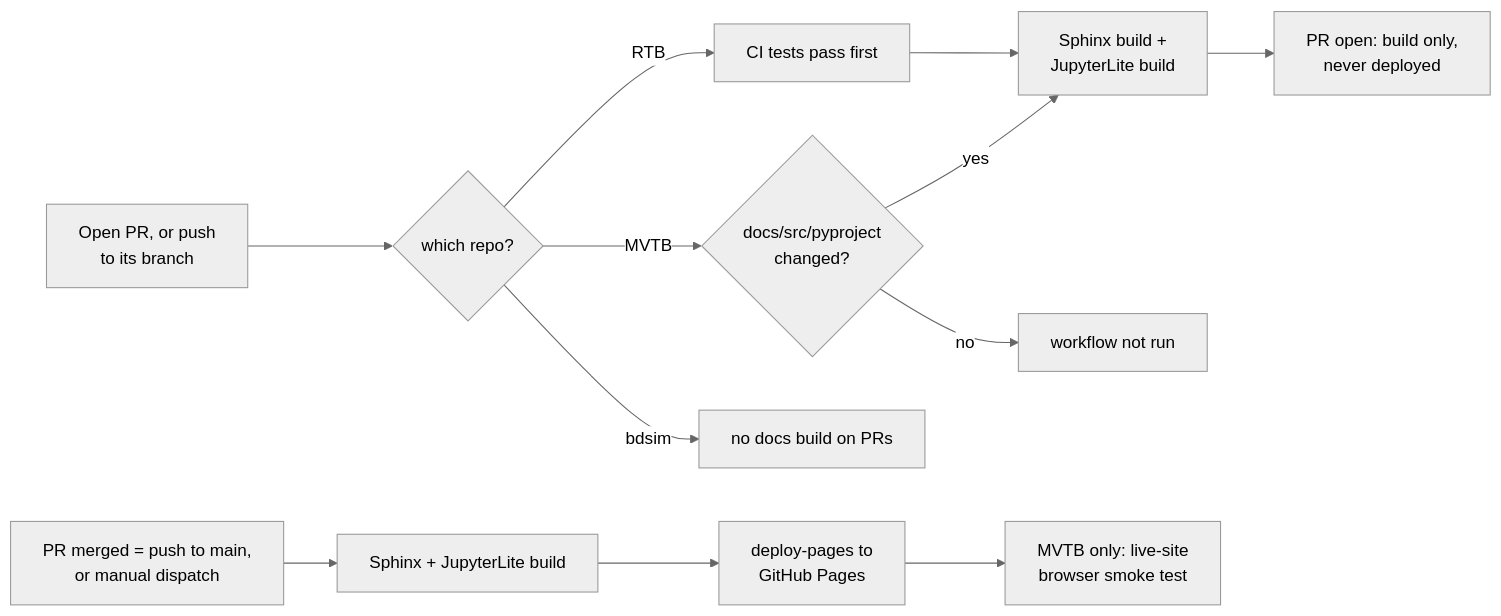
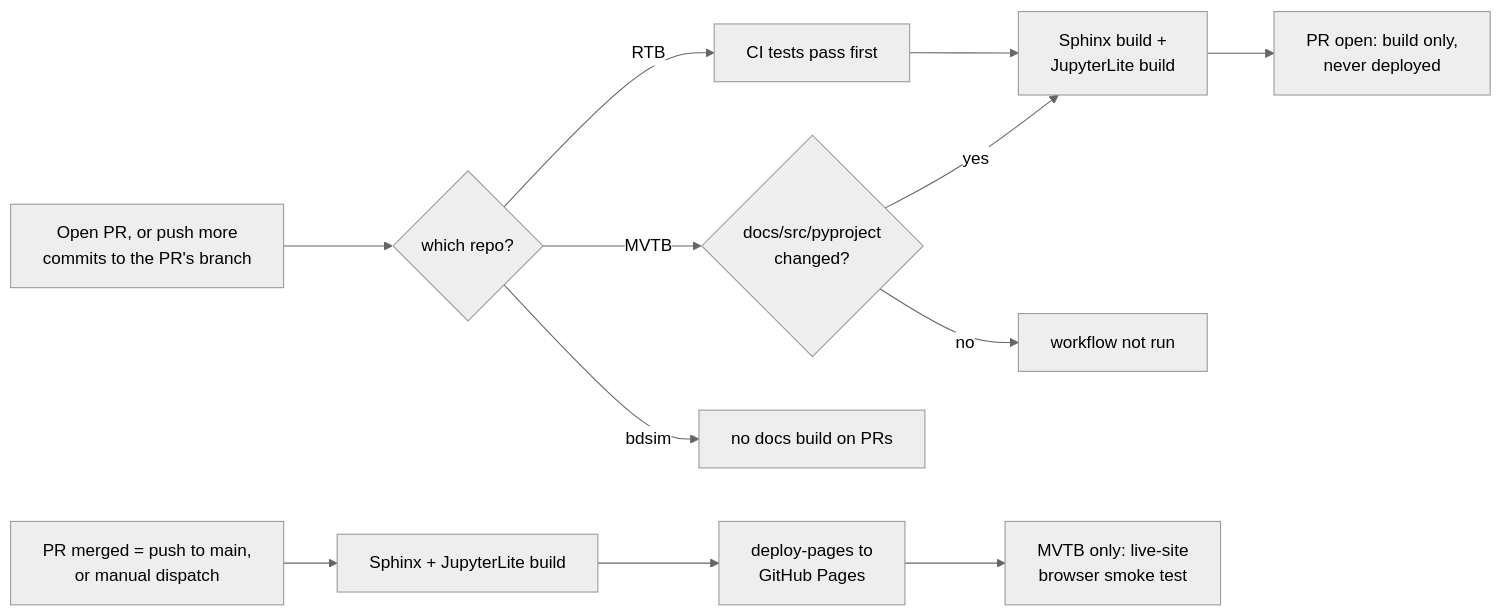
The fourth of 5 diagrams in CI.md (petercorke/rvc-ecosystem), drawn with Mermaid (neutral theme) before and after one commit. The commit also changed other lines of this file, not shown here.

Commit message:
docs(ci): explain branch / PR / merge up front

````diff
--- a/CI.md
+++ b/CI.md
@@ -137,14 +156,14 @@
 ```mermaid
 flowchart LR
-    PRB[Open PR, or push<br/>to its branch] --> WHO{which repo?}
+    PRB[Open PR, or push more<br/>commits to the PR's branch] --> WHO{which repo?}
     WHO -- RTB --> T[CI tests pass first]
     WHO -- MVTB --> F{docs/src/pyproject<br/>changed?}
     WHO -- bdsim --> NONE[no docs build on PRs]
     T --> BUILD[Sphinx build +<br/>JupyterLite build]
     F -- yes --> BUILD
     F -- no --> SKIP[workflow not run]
     BUILD --> NODEP[PR open: build only,<br/>never deployed]
     PUSH[PR merged = push to main,<br/>or manual dispatch] --> BUILD2[Sphinx + JupyterLite build]
     BUILD2 --> PAGES[deploy-pages to<br/>GitHub Pages]
     PAGES --> SMOKE[MVTB only: live-site<br/>browser smoke test]
 ```
````
